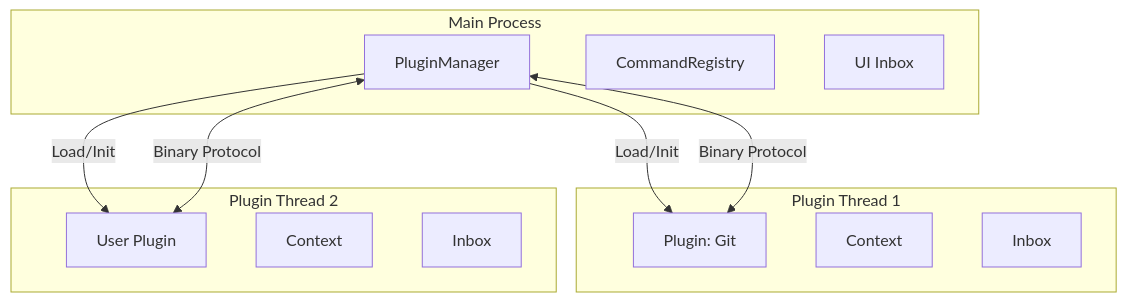
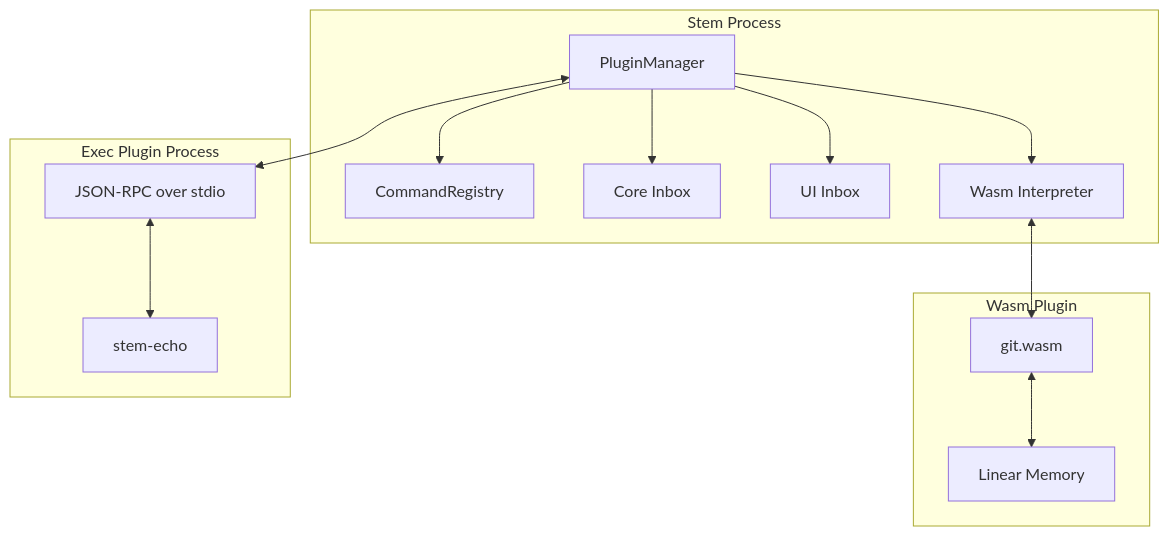
Before and after one commit to ooyeku/stem: the fourth of 5 diagrams in docs/stem.md, drawn with Mermaid. The commit also changed other lines of this file and 33 other files, not shown here.

First line of the commit message:
Migrate plugin system to wasm/exec runtimes

````diff
--- a/docs/stem.md
+++ b/docs/stem.md
@@ -936,26 +939,29 @@
 ```mermaid
 graph TB
-    subgraph "Main Process"
+    subgraph "Stem Process"
         PM[PluginManager]
         CR[CommandRegistry]
+        CORE[Core Inbox]
         UI[UI Inbox]
+        WASM[Wasm Interpreter]
     end
-    
-    subgraph "Plugin Thread 1"
-        P1[Plugin: Git]
-        CTX1[Context]
-        INBOX1[Inbox]
+
+    subgraph "Wasm Plugin"
+        WP[git.wasm]
+        MEM[Linear Memory]
     end
-    
-    subgraph "Plugin Thread 2"
-        P2[User Plugin]
-        CTX2[Context]
-        INBOX2[Inbox]
+
+    subgraph "Exec Plugin Process"
+        EP[stem-echo]
+        STDIO[JSON-RPC over stdio]
     end
-    
-    PM -->|Load/Init| P1
-    PM -->|Load/Init| P2
-    
-    P1 <-->|Binary Protocol| PM
-    P2 <-->|Binary Protocol| PM
+
+    PM --> CR
+    PM --> WASM
+    WASM <--> WP
+    WP <--> MEM
+    PM <--> STDIO
+    STDIO <--> EP
+    PM --> CORE
+    PM --> UI
 ```
````
